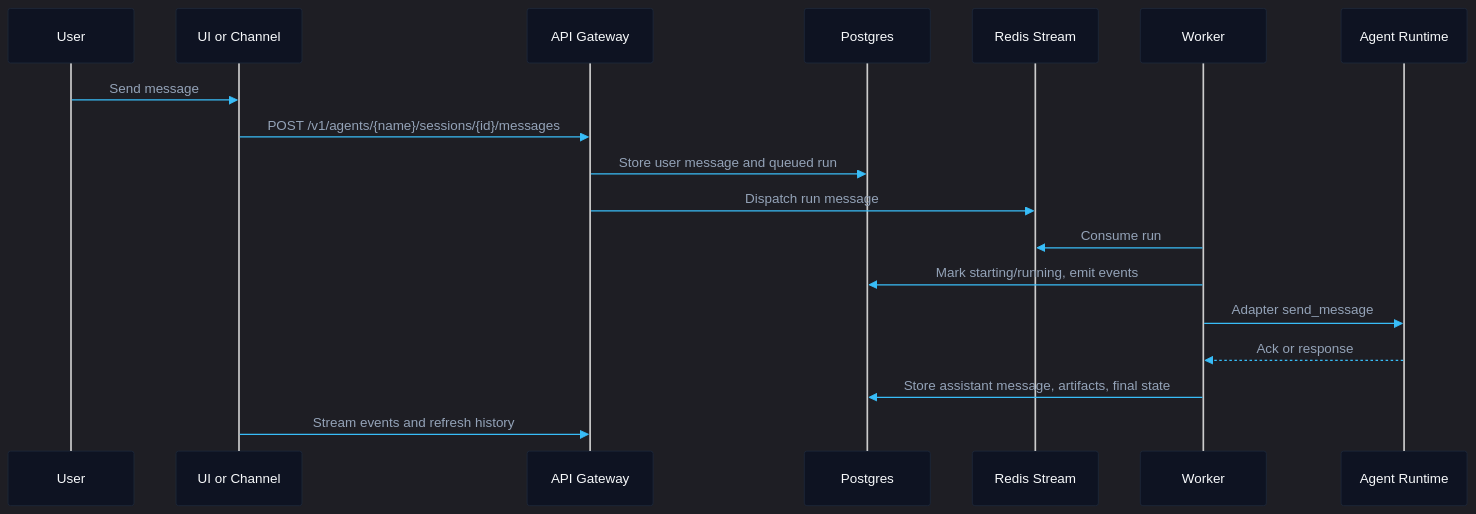
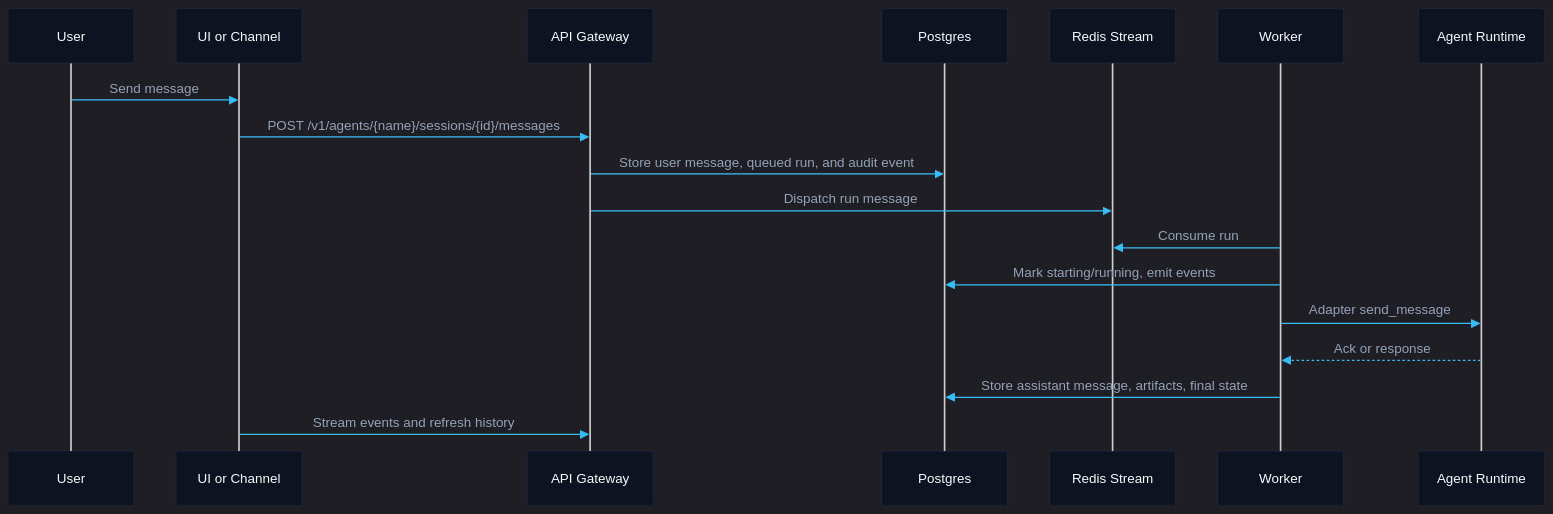
The third of 5 diagrams in docs/agent-ops-architecture.md (moiraweave-labs/moiraweave-docs), drawn with Mermaid before and after one commit. The commit also changed other lines of this file and 3 other files, not shown here.

````diff
--- a/docs/agent-ops-architecture.md
+++ b/docs/agent-ops-architecture.md
@@ -65,22 +65,22 @@
 ```mermaid
 %%{init: { 'theme': 'dark', 'themeVariables': { 'actorBkg': '#0e1322', 'actorBorder': '#1e293b', 'actorTextColor': '#f8fafc', 'signalColor': '#38bdf8', 'signalTextColor': '#94a3b8', 'labelBoxBorderColor': '#1e293b', 'labelBoxBkgColor': '#0b0f19', 'labelTextColor': '#f8fafc' } } }%%
 sequenceDiagram
   participant U as User
   participant UI as UI or Channel
   participant API as API Gateway
   participant DB as Postgres
   participant R as Redis Stream
   participant W as Worker
   participant A as Agent Runtime
 
   U->>UI: Send message
   UI->>API: POST /v1/agents/{name}/sessions/{id}/messages
-  API->>DB: Store user message and queued run
+  API->>DB: Store user message, queued run, and audit event
   API->>R: Dispatch run message
   W->>R: Consume run
   W->>DB: Mark starting/running, emit events
   W->>A: Adapter send_message
   A-->>W: Ack or response
   W->>DB: Store assistant message, artifacts, final state
   UI->>API: Stream events and refresh history
 ```
````
